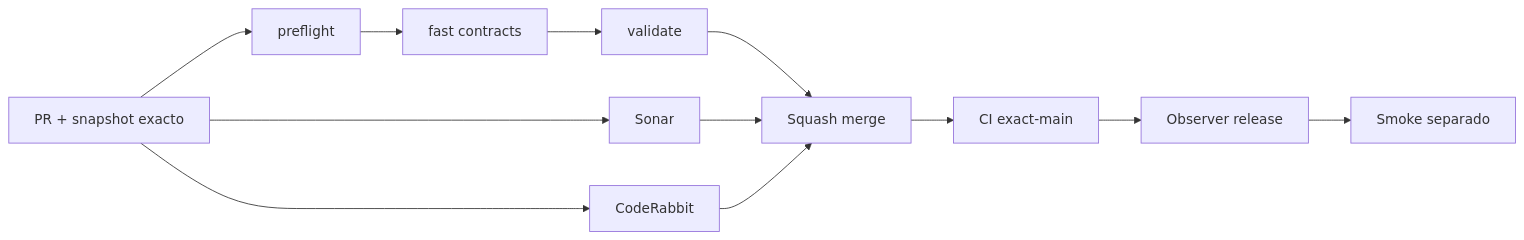
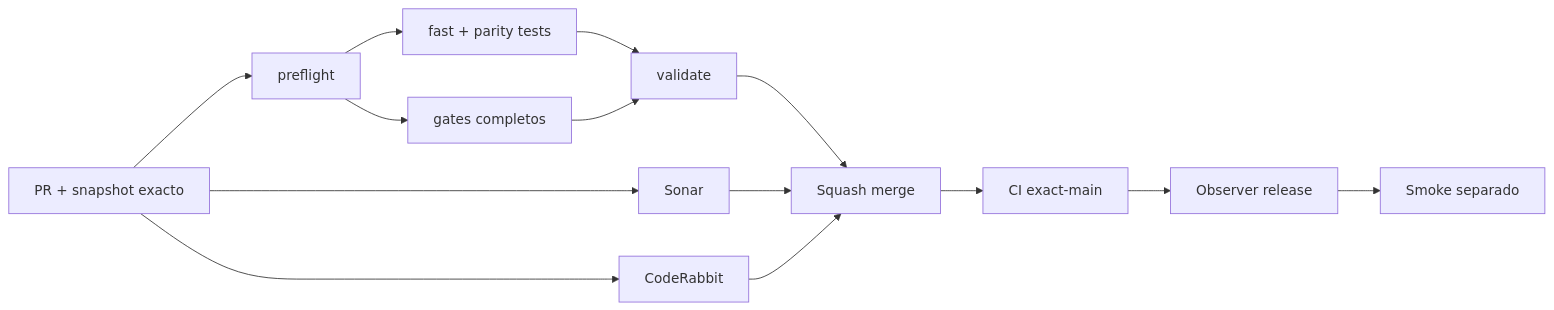
The diagram in README.md (pl0n3r/GrindFlow), drawn with Mermaid before and after one commit. The commit also changed other lines of this file and 7 other files, not shown here.

````diff
--- a/README.md
+++ b/README.md
@@ -46,14 +46,16 @@
 ```mermaid
 flowchart LR
  A["PR + snapshot exacto"] --> P["preflight"]
- P --> F["fast contracts"]
+ P --> F["fast + parity tests"]
+ P --> H["gates completos"]
  F --> V["validate"]
+ H --> V
  A --> S["Sonar"]
  A --> C["CodeRabbit"]
  V --> M["Squash merge"]
  S --> M
  C --> M
  M --> X["CI exact-main"]
  X --> O["Observer release"]
  O --> T["Smoke separado"]
 ```
````
